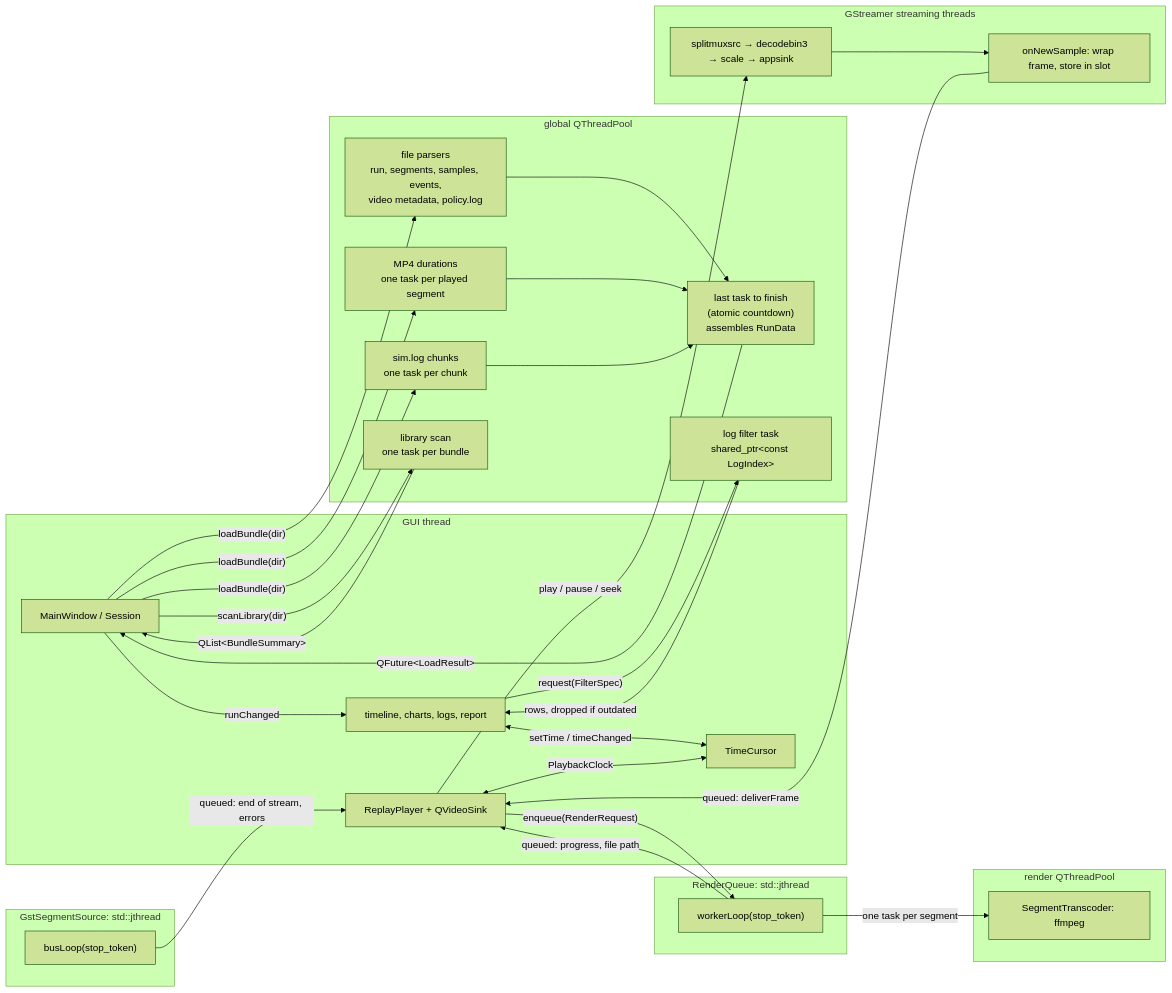
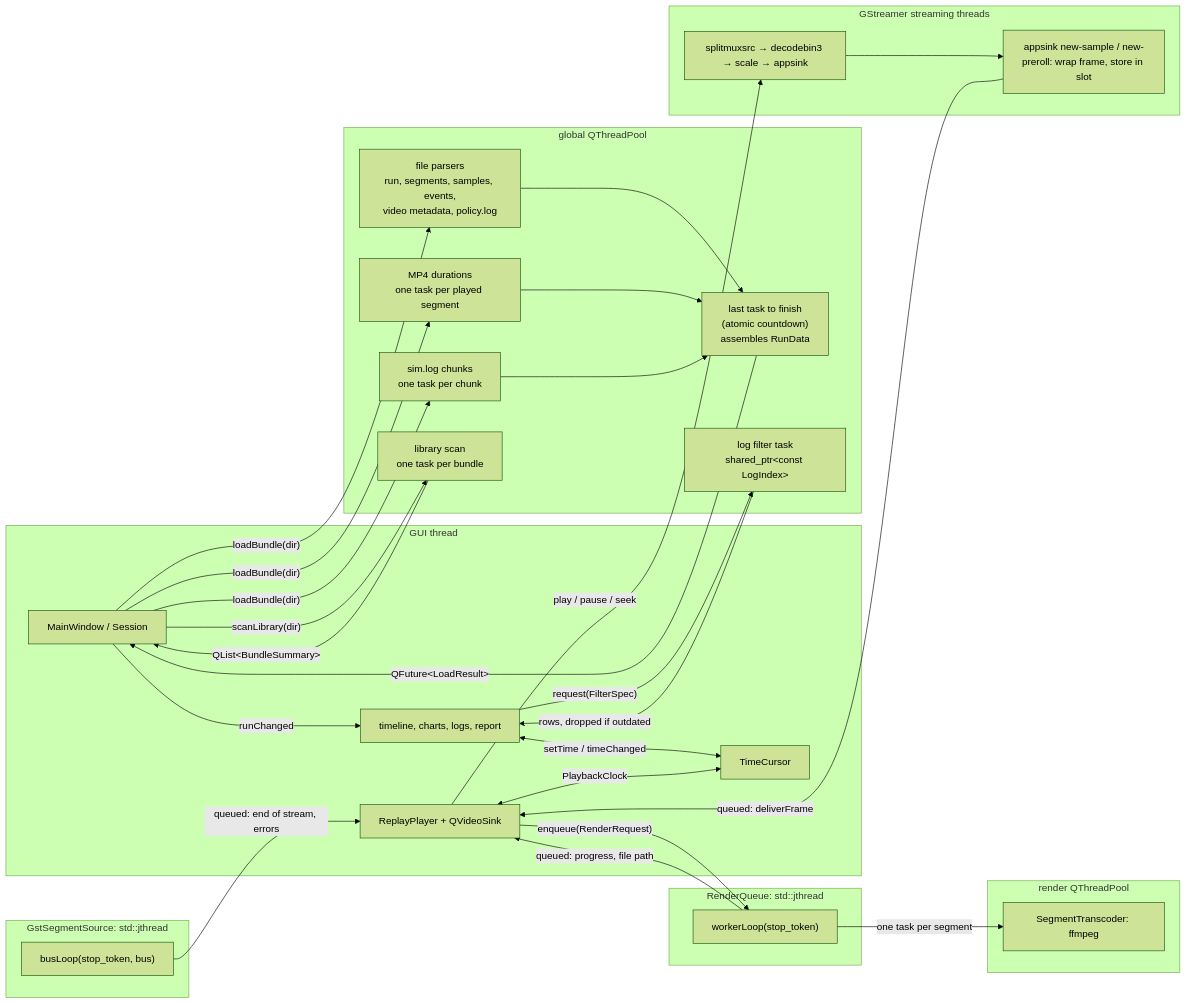
Before and after one commit to muhammadadeelzahid/replay-lab: the fourth of 4 diagrams in docs/diagrams.md, drawn with Mermaid (forest theme). The commit also changed other lines of this file and 19 other files, not shown here.

````diff
--- a/docs/diagrams.md
+++ b/docs/diagrams.md
@@ -348,57 +355,57 @@
 ```mermaid
 flowchart LR
   subgraph GUI["GUI thread"]
     MW["MainWindow / Session"]
     CUR["TimeCursor"]
     PANELS["timeline, charts, logs, report"]
     RP["ReplayPlayer + QVideoSink"]
   end
 
   subgraph POOL["global QThreadPool"]
     FILES["file parsers<br/>run, segments, samples, events,<br/>video metadata, policy.log"]
     MP4["MP4 durations<br/>one task per played segment"]
     SIMLOG["sim.log chunks<br/>one task per chunk"]
     JOIN["last task to finish<br/>(atomic countdown)<br/>assembles RunData"]
     SCAN["library scan<br/>one task per bundle"]
     FILT["log filter task<br/>shared_ptr#lt;const LogIndex#gt;"]
   end
 
   subgraph RQ["RenderQueue: std::jthread"]
     WL["workerLoop(stop_token)"]
   end
 
   subgraph RPOOL["render QThreadPool"]
     FF["SegmentTranscoder: ffmpeg"]
   end
 
   subgraph GST["GStreamer streaming threads"]
     PIPE["splitmuxsrc → decodebin3 → scale → appsink"]
-    CB["onNewSample: wrap frame, store in slot"]
+    CB["appsink new-sample / new-preroll: wrap frame, store in slot"]
   end
 
   subgraph BUS["GstSegmentSource: std::jthread"]
-    BL["busLoop(stop_token)"]
+    BL["busLoop(stop_token, bus)"]
   end
 
   MW -- "loadBundle(dir)" --> FILES
   MW -- "loadBundle(dir)" --> MP4
   MW -- "loadBundle(dir)" --> SIMLOG
   FILES --> JOIN
   MP4 --> JOIN
   SIMLOG --> JOIN
   JOIN -- "QFuture#lt;LoadResult#gt;" --> MW
   MW -- "scanLibrary(dir)" --> SCAN
   SCAN -- "QList#lt;BundleSummary#gt;" --> MW
   MW -- "runChanged" --> PANELS
   PANELS -- "request(FilterSpec)" --> FILT
   FILT -- "rows, dropped if outdated" --> PANELS
   PANELS <-- "setTime / timeChanged" --> CUR
   RP <-- "PlaybackClock" --> CUR
   RP -- "enqueue(RenderRequest)" --> WL
   WL -- "one task per segment" --> FF
   WL -- "queued: progress, file path" --> RP
   RP -- "play / pause / seek" --> PIPE
   PIPE --> CB
   CB -- "queued: deliverFrame" --> RP
   BL -- "queued: end of stream, errors" --> RP
 ```
````
